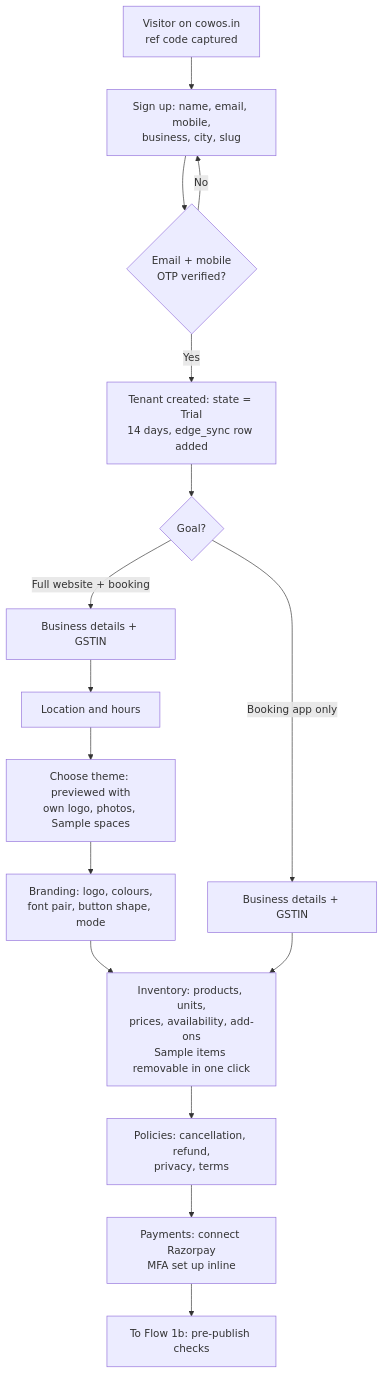
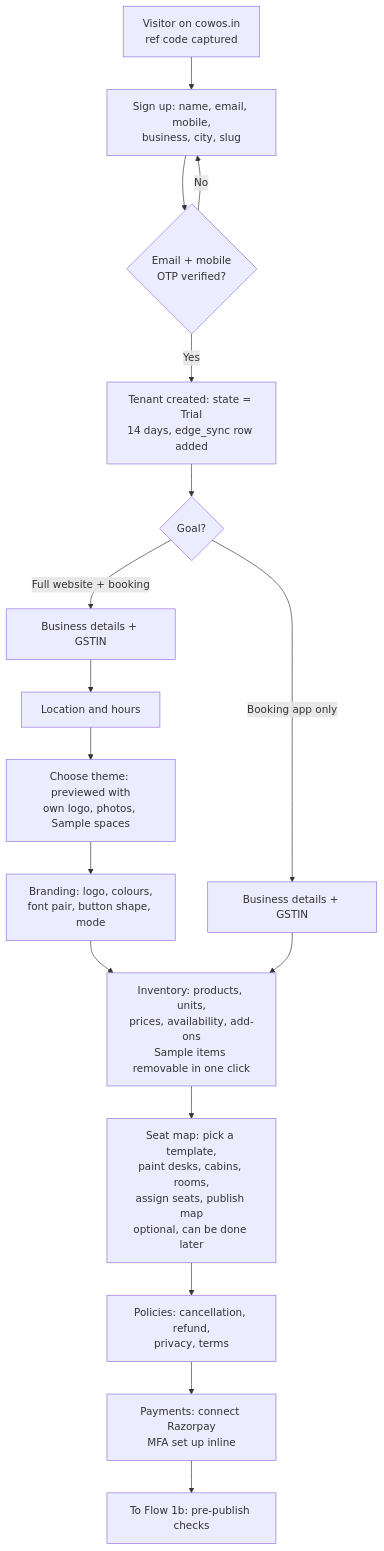
Before and after one commit to mathsyagiri-scrimpify/Cowos: the first of 10 diagrams in docs/requirements/06-user-flows.md, drawn with Mermaid. The commit also changed other lines of this file and 20 other files, not shown here.

````diff
--- a/docs/requirements/06-user-flows.md
+++ b/docs/requirements/06-user-flows.md
@@ -11,18 +11,19 @@
 ```mermaid
 flowchart TD
     A[Visitor on cowos.in<br/>ref code captured] --> B[Sign up: name, email, mobile,<br/>business, city, slug]
     B --> C{Email + mobile<br/>OTP verified?}
     C -- No --> B
     C -- Yes --> D[Tenant created: state = Trial<br/>14 days, edge_sync row added]
     D --> E{Goal?}
     E -- Full website + booking --> F[Business details + GSTIN]
     E -- Booking app only --> F2[Business details + GSTIN]
     F --> G[Location and hours]
     G --> I[Choose theme: previewed with<br/>own logo, photos, Sample spaces]
     I --> H[Branding: logo, colours,<br/>font pair, button shape, mode]
     H --> K
     F2 --> K[Inventory: products, units,<br/>prices, availability, add-ons<br/>Sample items removable in one click]
-    K --> L[Policies: cancellation, refund,<br/>privacy, terms]
+    K --> SM[Seat map: pick a template,<br/>paint desks, cabins, rooms,<br/>assign seats, publish map<br/>optional, can be done later]
+    SM --> L[Policies: cancellation, refund,<br/>privacy, terms]
     L --> N[Payments: connect Razorpay<br/>MFA set up inline]
     N --> P[To Flow 1b: pre-publish checks]
 ```
````
